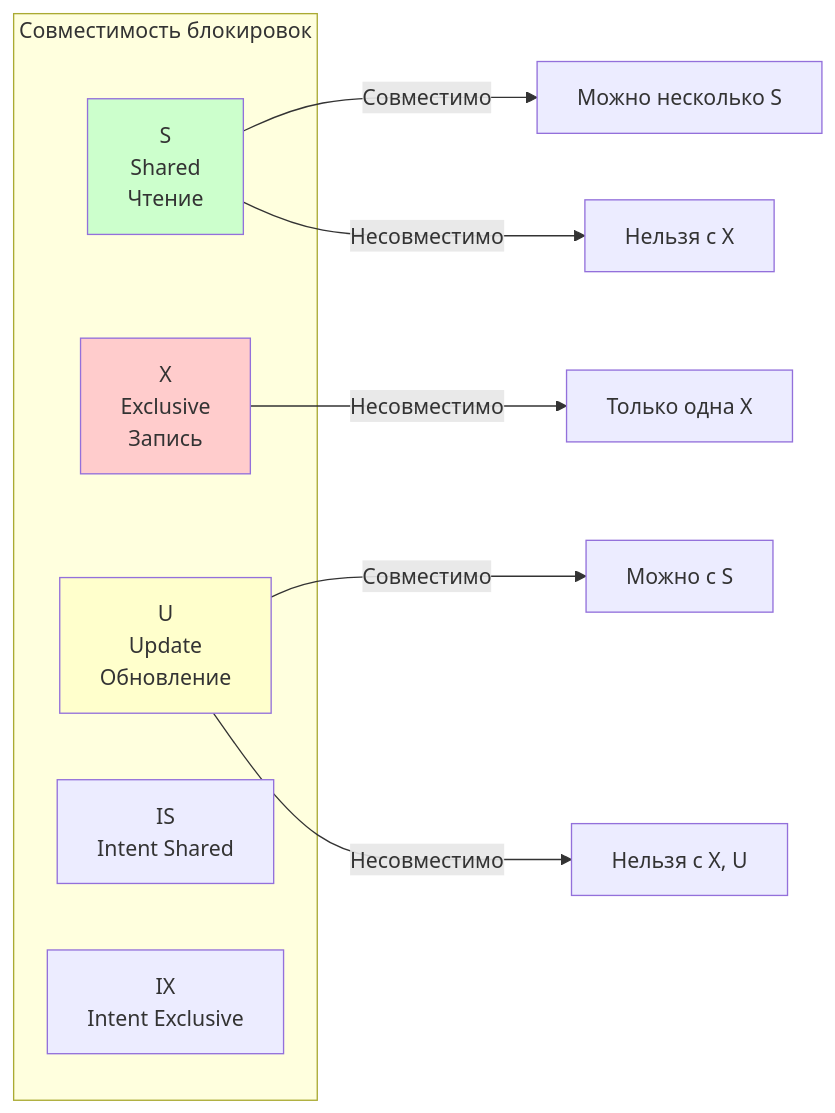
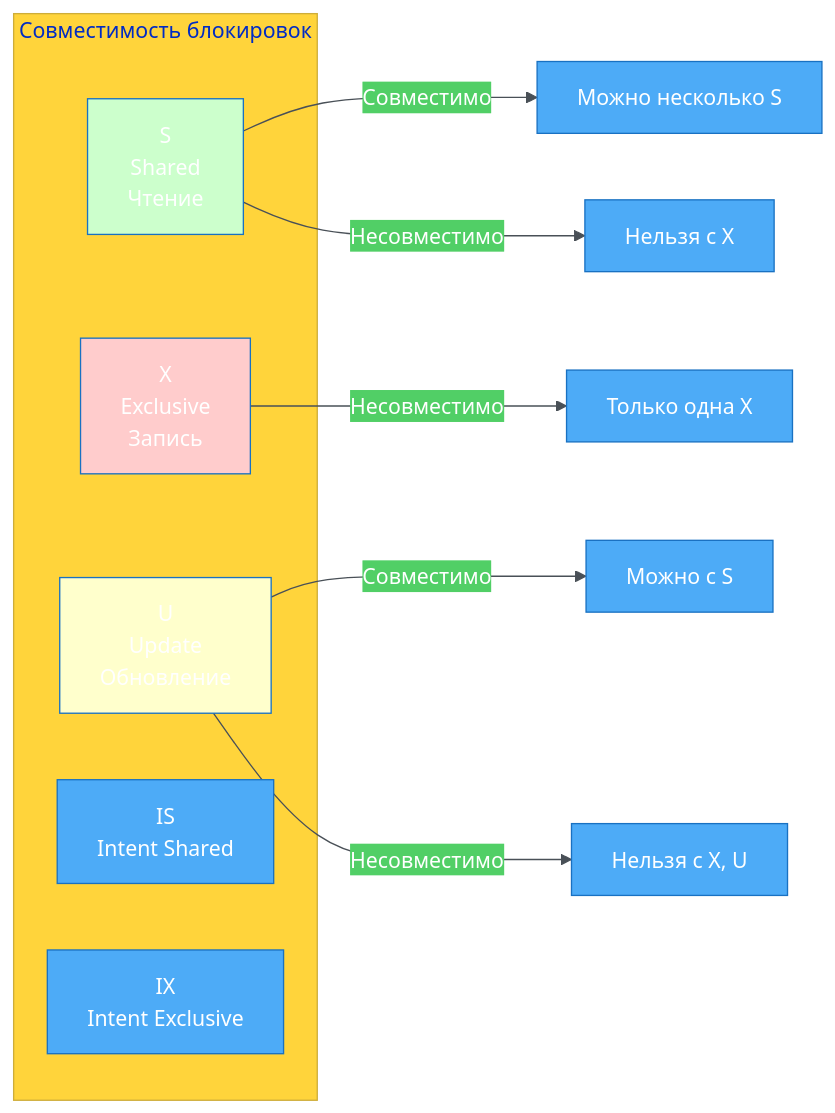
The tenth of 23 diagrams in db_exam.md (alx314vo/db_exam), drawn with Mermaid before and after one commit. The commit also changed other lines of this file, not shown here.

Commit message:
added diagrams

````diff
--- a/db_exam.md
+++ b/db_exam.md
@@ -463,20 +537,21 @@
 ```mermaid
+%%{init: {'theme':'base', 'themeVariables': {'primaryColor':'#4dabf7','primaryTextColor':'#fff','primaryBorderColor':'#1971c2','lineColor':'#495057','secondaryColor':'#51cf66','tertiaryColor':'#ffd43b'}}}%%
 graph LR
     subgraph "Совместимость блокировок"
         A[S<br/>Shared<br/>Чтение] 
         B[X<br/>Exclusive<br/>Запись]
         C[U<br/>Update<br/>Обновление]
         D[IS<br/>Intent Shared]
         E[IX<br/>Intent Exclusive]
     end
     
     A -->|Совместимо| A1[Можно несколько S]
     A -->|Несовместимо| B1[Нельзя с X]
     B -->|Несовместимо| B2[Только одна X]
     C -->|Совместимо| C1[Можно с S]
     C -->|Несовместимо| C2[Нельзя с X, U]
     
     style A fill:#ccffcc
     style B fill:#ffcccc
     style C fill:#ffffcc
 ```
````
